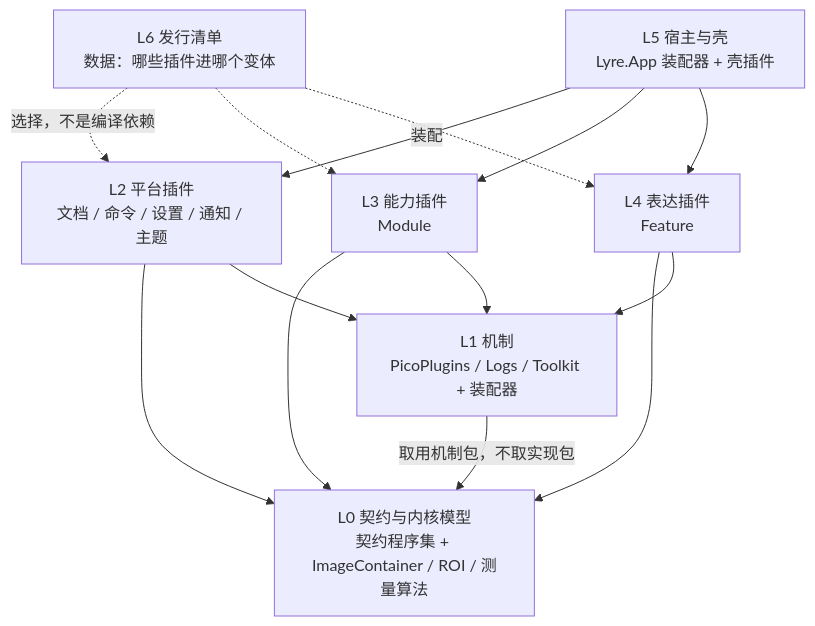
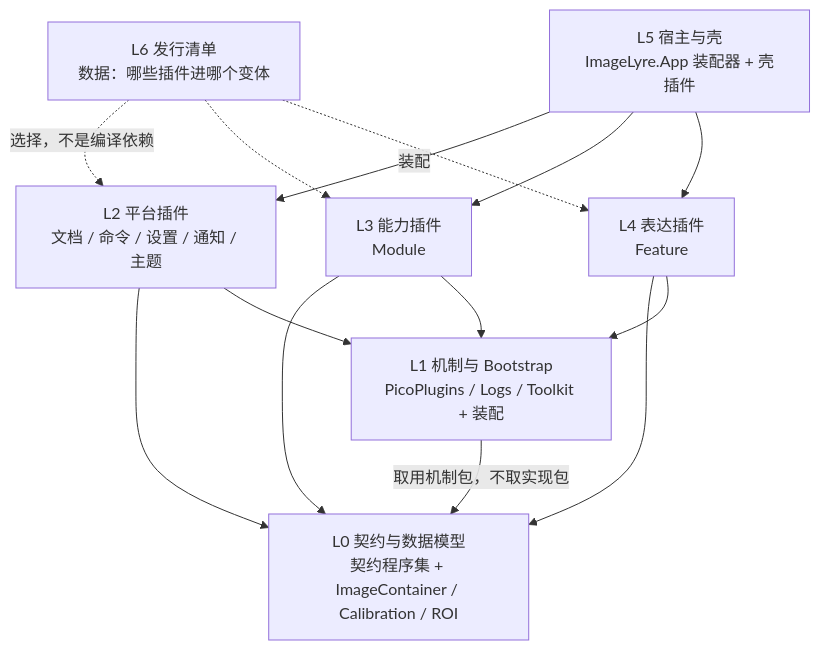
Before and after one commit to xknife-erian/ImageLyre: the diagram in docs/adr/lukan/ADR-0001-插件机制架构基线.md, drawn with Mermaid. The commit also changed other lines of this file and 1 other file, not shown here.

````diff
--- a/docs/adr/lukan/ADR-0001-插件机制架构基线.md
+++ b/docs/adr/lukan/ADR-0001-插件机制架构基线.md
@@ -77,24 +85,24 @@
 ```mermaid
 flowchart TB
     L6["L6 发行清单<br/>数据：哪些插件进哪个变体"]
-    L5["L5 宿主与壳<br/>Lyre.App 装配器 + 壳插件"]
+    L5["L5 宿主与壳<br/>ImageLyre.App 装配器 + 壳插件"]
     L4["L4 表达插件<br/>Feature"]
     L3["L3 能力插件<br/>Module"]
     L2["L2 平台插件<br/>文档 / 命令 / 设置 / 通知 / 主题"]
-    L1["L1 机制<br/>PicoPlugins / Logs / Toolkit + 装配器"]
-    L0["L0 契约与内核模型<br/>契约程序集 + ImageContainer / ROI / 测量算法"]
+    L1["L1 机制与 Bootstrap<br/>PicoPlugins / Logs / Toolkit + 装配"]
+    L0["L0 契约与数据模型<br/>契约程序集 + ImageContainer / Calibration / ROI"]
 
     L6 -.->|"选择，不是编译依赖"| L2
     L6 -.-> L3
     L6 -.-> L4
     L5 -->|"装配"| L2
     L5 --> L3
     L5 --> L4
     L4 --> L0
     L4 --> L1
     L3 --> L0
     L3 --> L1
     L2 --> L0
     L2 --> L1
     L1 -->|"取用机制包，不取实现包"| L0
 ```
````
